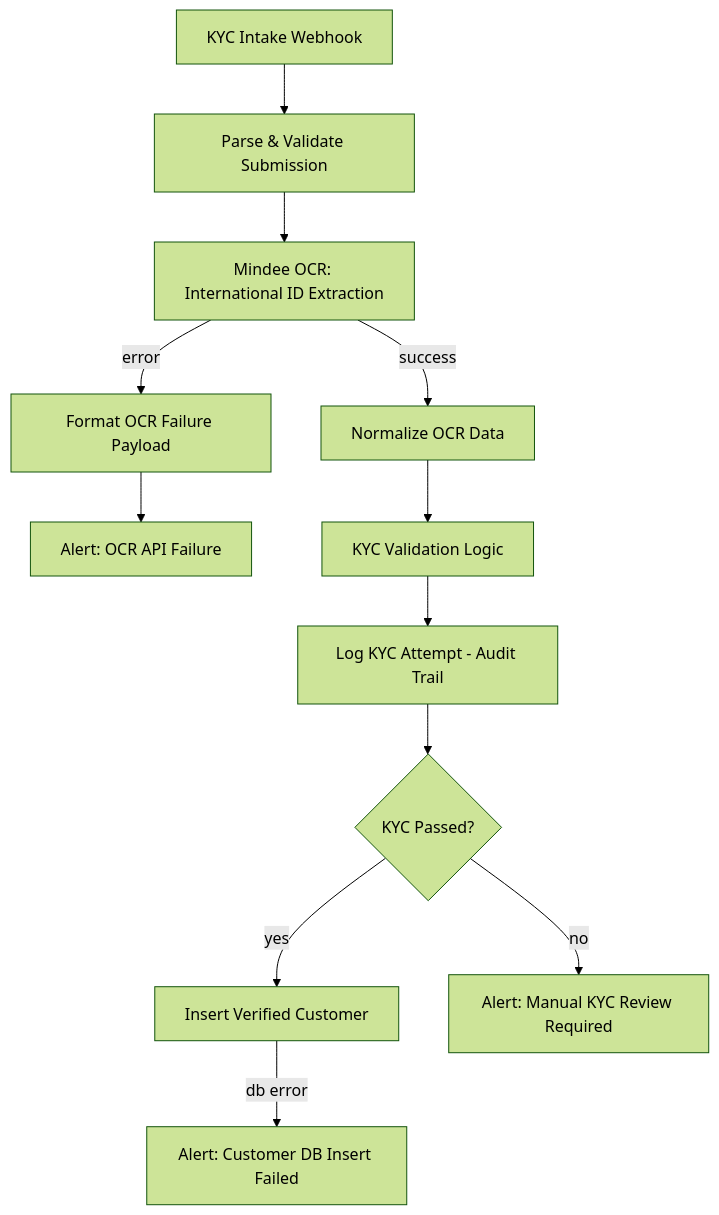
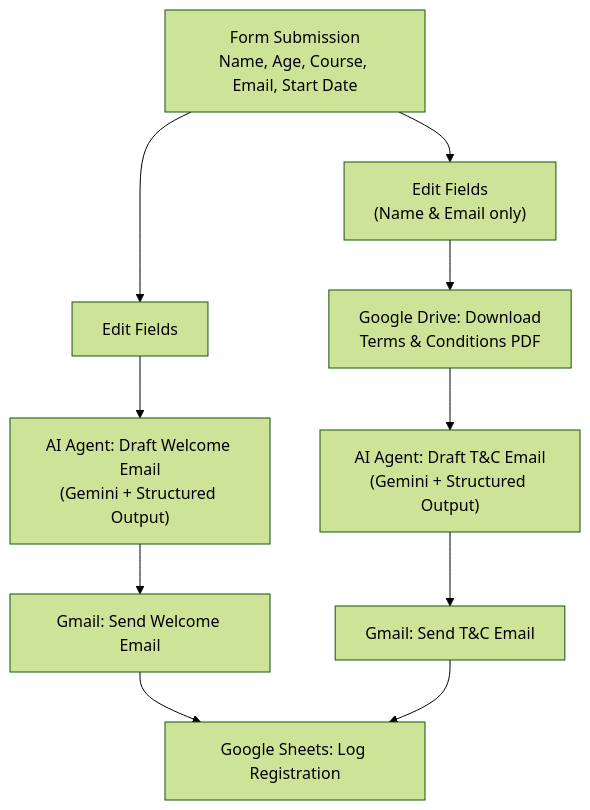
The diagram in README.md (cenjoku835/AI-Automation-Projects), drawn with Mermaid (forest theme) before and after one commit. The commit also changed other lines of this file and 1 other file, not shown here.

````diff
--- a/README.md
+++ b/README.md
@@ -39,14 +18,14 @@
 ```mermaid
 flowchart TD
-    A[KYC Intake Webhook] --> B[Parse & Validate Submission]
-    B --> C[Mindee OCR: International ID Extraction]
-    C -- success --> D[Normalize OCR Data]
-    C -- error --> E[Format OCR Failure Payload]
-    E --> F[Alert: OCR API Failure]
-    D --> G[KYC Validation Logic]
-    G --> H[Log KYC Attempt - Audit Trail]
-    H --> I{KYC Passed?}
-    I -- yes --> J[Insert Verified Customer]
-    I -- no --> K[Alert: Manual KYC Review Required]
-    J -- db error --> L[Alert: Customer DB Insert Failed]
+    A["Form Submission<br/>Name, Age, Course, Email, Start Date"] --> B[Edit Fields]
+    A --> C["Edit Fields<br/>(Name & Email only)"]
+
+    B --> D["AI Agent: Draft Welcome Email<br/>(Gemini + Structured Output)"]
+    D --> E[Gmail: Send Welcome Email]
+    E --> H[Google Sheets: Log Registration]
+
+    C --> F["Google Drive: Download<br/>Terms & Conditions PDF"]
+    F --> G["AI Agent: Draft T&C Email<br/>(Gemini + Structured Output)"]
+    G --> I[Gmail: Send T&C Email]
+    I --> H
 ```
````
